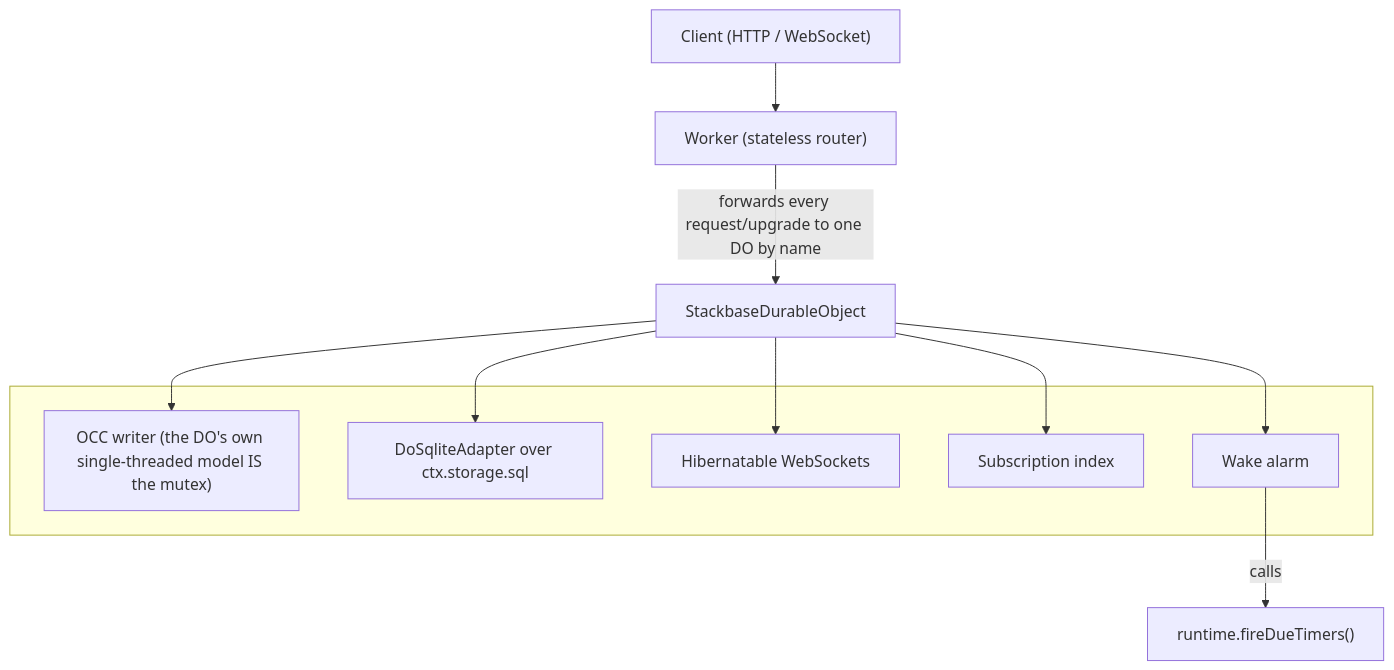
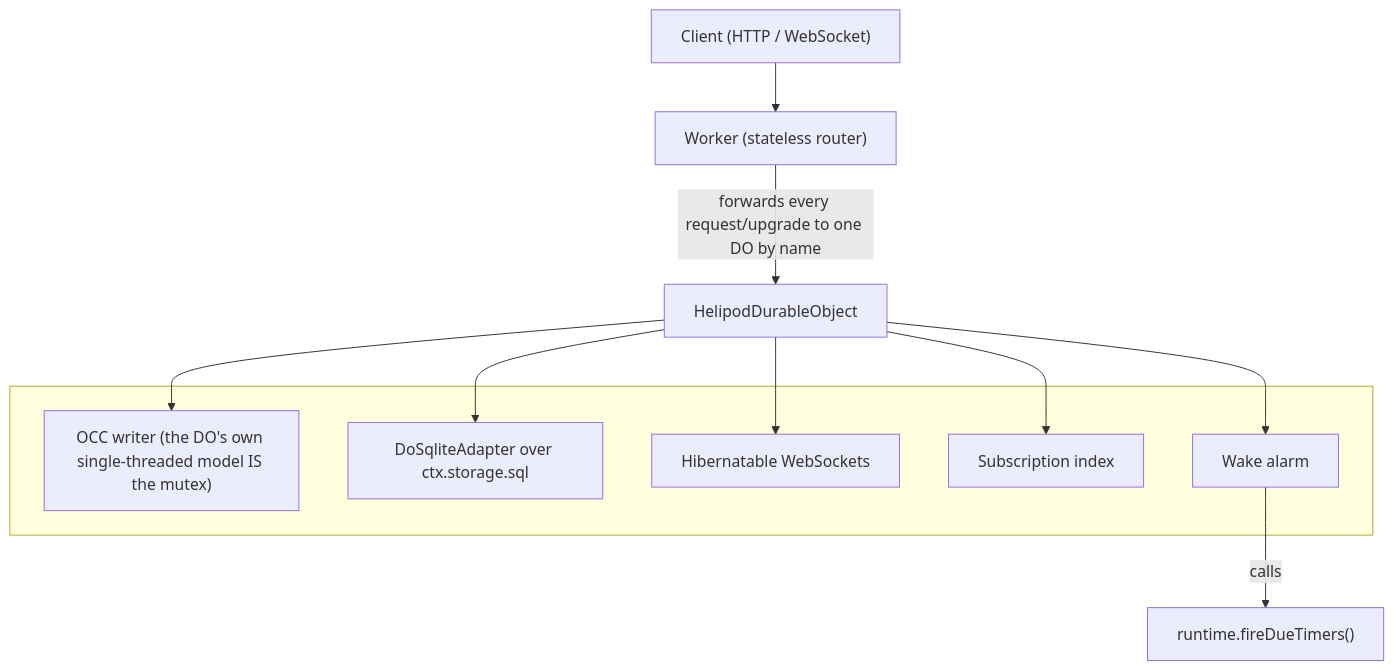
The diagram in website/content/docs/reference/faq.mdx (helipod-sh/helipod), drawn with Mermaid before and after one commit. The commit also changed other lines of this file and 1141 other files, not shown here.

First line of the commit message:
feat: rename project from stackbase to helipod

````diff
--- a/website/content/docs/reference/faq.mdx
+++ b/website/content/docs/reference/faq.mdx
@@ -341,18 +341,18 @@
 ```mermaid
 flowchart TD
   Client["Client (HTTP / WebSocket)"] --> Worker["Worker (stateless router)"]
-  Worker -->|"forwards every request/upgrade to one DO by name"| DO["StackbaseDurableObject"]
+  Worker -->|"forwards every request/upgrade to one DO by name"| DO["HelipodDurableObject"]
   subgraph internals[" "]
     OCC["OCC writer (the DO's own single-threaded model IS the mutex)"]
     Sqlite["DoSqliteAdapter over ctx.storage.sql"]
     WS["Hibernatable WebSockets"]
     Sub["Subscription index"]
     Alarm["Wake alarm"]
   end
   DO --> OCC
   DO --> Sqlite
   DO --> WS
   DO --> Sub
   DO --> Alarm
   Alarm -->|"calls"| Fire["runtime.fireDueTimers()"]
 ```
````
